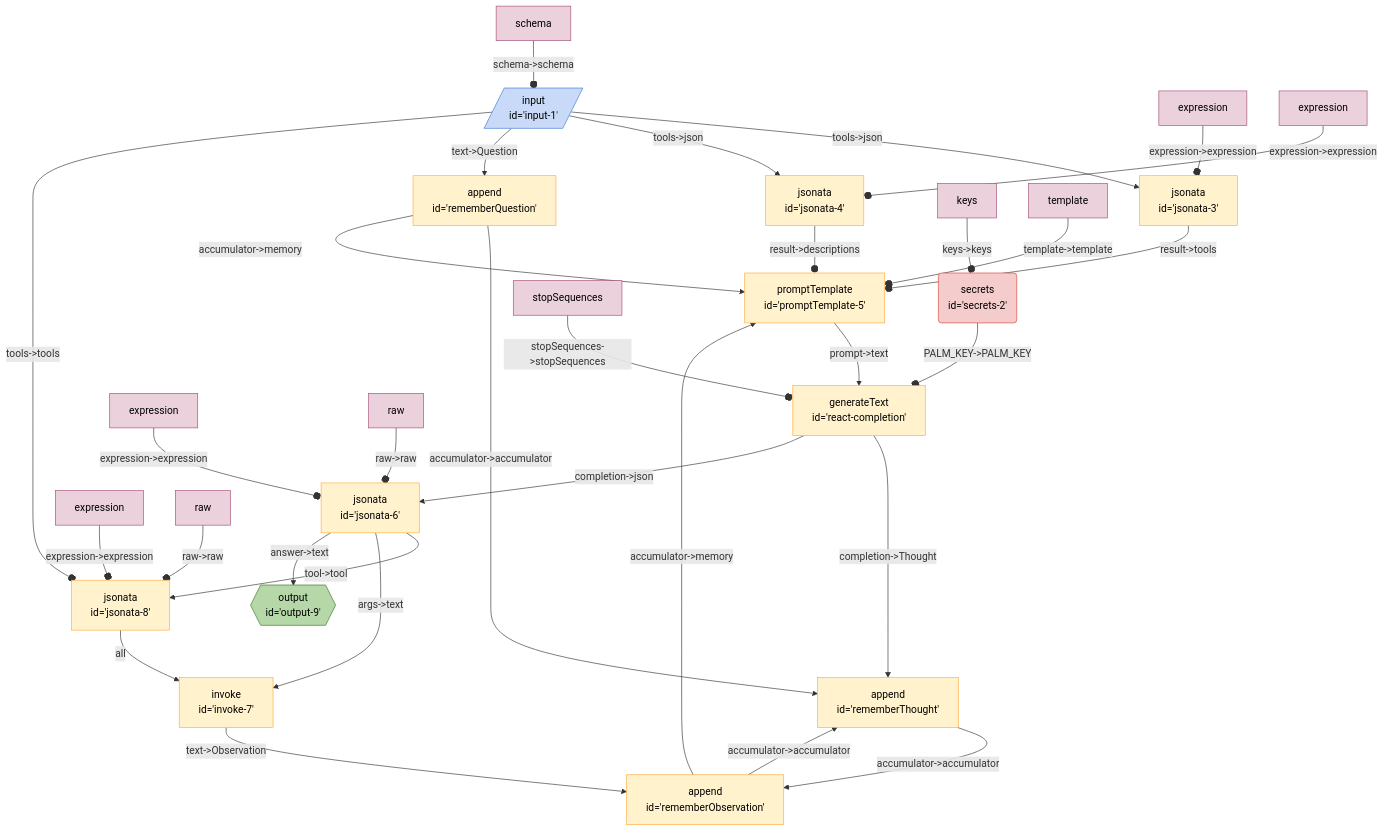
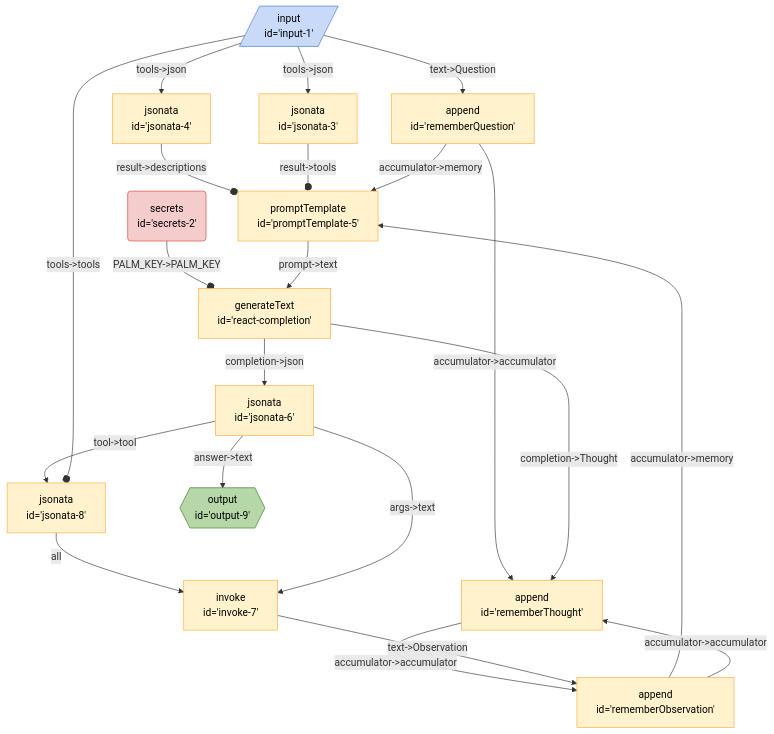
The diagram in seeds/graph-playground/docs/graphs/react-with-lambdas.md (breadboard-ai/breadboard), drawn with Mermaid before and after one commit. The commit also changed 30 other files, not shown here.

````diff
--- a/seeds/graph-playground/docs/graphs/react-with-lambdas.md
+++ b/seeds/graph-playground/docs/graphs/react-with-lambdas.md
@@ -5,42 +5,32 @@
   ```mermaid
   %%{init: 'themeVariables': { 'fontFamily': 'Fira Code, monospace' }}%%
 graph TD;
 input1[/"input <br> id='input-1'"/]:::input -- "tools->json" --> jsonata3["jsonata <br> id='jsonata-3'"]
 input1[/"input <br> id='input-1'"/]:::input -- "tools->json" --> jsonata4["jsonata <br> id='jsonata-4'"]
 jsonata4["jsonata <br> id='jsonata-4'"] -- "result->descriptions" --o promptTemplate5["promptTemplate <br> id='promptTemplate-5'"]
 jsonata3["jsonata <br> id='jsonata-3'"] -- "result->tools" --o promptTemplate5["promptTemplate <br> id='promptTemplate-5'"]
 rememberObservation["append <br> id='rememberObservation'"] -- "accumulator->memory" --> promptTemplate5["promptTemplate <br> id='promptTemplate-5'"]
 rememberThought["append <br> id='rememberThought'"] -- "accumulator->accumulator" --> rememberObservation["append <br> id='rememberObservation'"]
 rememberObservation["append <br> id='rememberObservation'"] -- "accumulator->accumulator" --> rememberThought["append <br> id='rememberThought'"]
 rememberQuestion["append <br> id='rememberQuestion'"] -- "accumulator->accumulator" --> rememberThought["append <br> id='rememberThought'"]
 rememberQuestion["append <br> id='rememberQuestion'"] -- "accumulator->memory" --> promptTemplate5["promptTemplate <br> id='promptTemplate-5'"]
 input1[/"input <br> id='input-1'"/]:::input -- "text->Question" --> rememberQuestion["append <br> id='rememberQuestion'"]
 secrets2("secrets <br> id='secrets-2'"):::secrets -- "PALM_KEY->PALM_KEY" --o reactcompletion["generateText <br> id='react-completion'"]
 reactcompletion["generateText <br> id='react-completion'"] -- "completion->Thought" --> rememberThought["append <br> id='rememberThought'"]
 reactcompletion["generateText <br> id='react-completion'"] -- "completion->json" --> jsonata6["jsonata <br> id='jsonata-6'"]
 promptTemplate5["promptTemplate <br> id='promptTemplate-5'"] -- "prompt->text" --> reactcompletion["generateText <br> id='react-completion'"]
 jsonata6["jsonata <br> id='jsonata-6'"] -- "tool->tool" --> jsonata8["jsonata <br> id='jsonata-8'"]
 input1[/"input <br> id='input-1'"/]:::input -- "tools->tools" --o jsonata8["jsonata <br> id='jsonata-8'"]
 jsonata8["jsonata <br> id='jsonata-8'"] -- all --> invoke7["invoke <br> id='invoke-7'"]
 jsonata6["jsonata <br> id='jsonata-6'"] -- "args->text" --> invoke7["invoke <br> id='invoke-7'"]
 invoke7["invoke <br> id='invoke-7'"] -- "text->Observation" --> rememberObservation["append <br> id='rememberObservation'"]
 jsonata6["jsonata <br> id='jsonata-6'"] -- "answer->text" --> output9{{"output <br> id='output-9'"}}:::output
-schemainput1[schema]:::config -- "schema->schema" --o input1
-keyssecrets2[keys]:::config -- "keys->keys" --o secrets2
-expressionjsonata3[expression]:::config -- "expression->expression" --o jsonata3
-expressionjsonata4[expression]:::config -- "expression->expression" --o jsonata4
-templatepromptTemplate5[template]:::config -- "template->template" --o promptTemplate5
-stopSequencesreactcompletion[stopSequences]:::config -- "stopSequences->stopSequences" --o reactcompletion
-expressionjsonata6[expression]:::config -- "expression->expression" --o jsonata6
-rawjsonata6[raw]:::config -- "raw->raw" --o jsonata6
-expressionjsonata8[expression]:::config -- "expression->expression" --o jsonata8
-rawjsonata8[raw]:::config -- "raw->raw" --o jsonata8
 classDef default stroke:#ffab40,fill:#fff2ccff,color:#000
 classDef input stroke:#3c78d8,fill:#c9daf8ff,color:#000
 classDef output stroke:#38761d,fill:#b6d7a8ff,color:#000
 classDef passthrough stroke:#a64d79,fill:#ead1dcff,color:#000
 classDef slot stroke:#a64d79,fill:#ead1dcff,color:#000
 classDef config stroke:#a64d79,fill:#ead1dcff,color:#000
 classDef secrets stroke:#db4437,fill:#f4cccc,color:#000
 classDef slotted stroke:#a64d79
   ```
````
